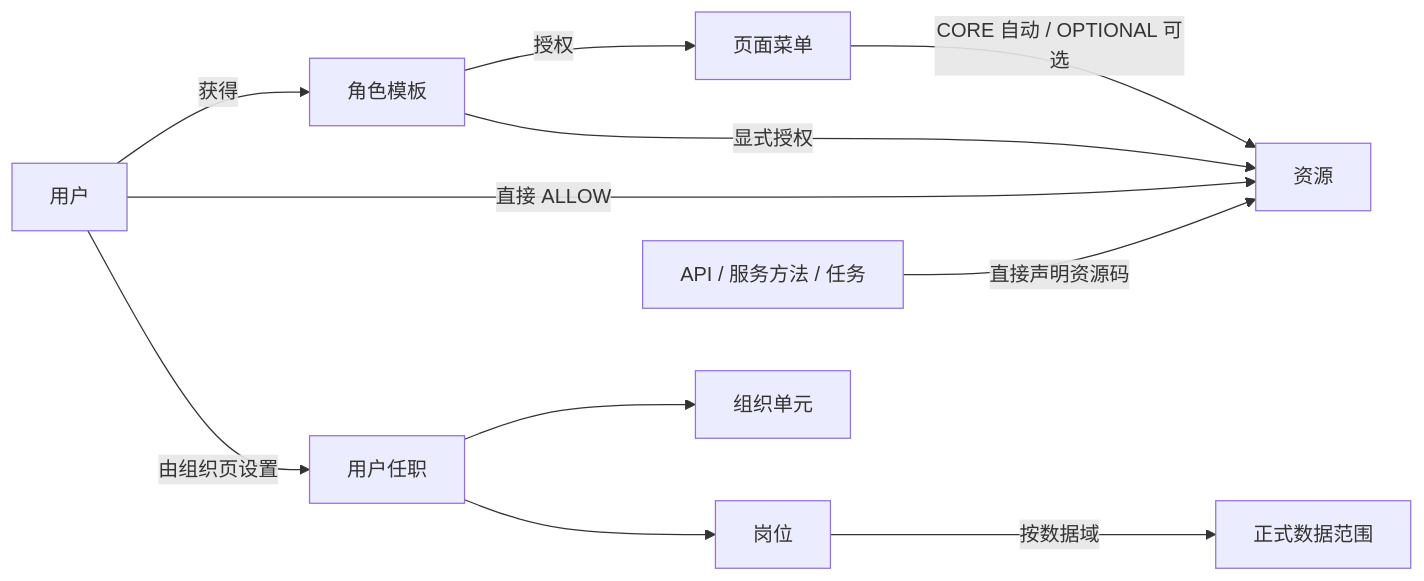
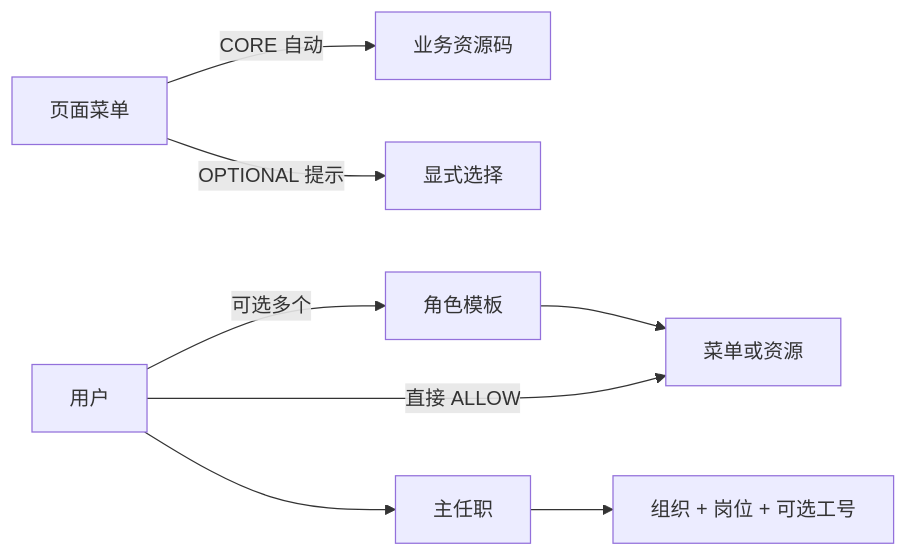
Before and after one commit to sugarboo/permission-architecture: the diagram in 企业中台权限架构方案.md, drawn with Mermaid. The commit also changed other lines of this file and 333 other files, not shown here.

````diff
--- a/企业中台权限架构方案.md
+++ b/企业中台权限架构方案.md
@@ -81,13 +43,10 @@
 ```mermaid
 flowchart LR
-  U["用户"] -->|"获得"| R["角色模板"]
-  U -->|"直接 ALLOW"| P["资源"]
-  R -->|"授权"| M["页面菜单"]
-  R -->|"显式授权"| P
-  M -->|"CORE 自动 / OPTIONAL 可选"| P
-  U -->|"由组织页设置"| A["用户任职"]
-  A --> O["组织单元"]
-  A --> POS["岗位"]
-  POS -->|"按数据域"| DP["正式数据范围"]
-  API["API / 服务方法 / 任务"] -->|"直接声明资源码"| P
+  U["用户"] -->|"可选多个"| R["角色模板"]
+  U -->|"直接 ALLOW"| P["菜单或资源"]
+  R --> P
+  M["页面菜单"] -->|"CORE 自动"| C["业务资源码"]
+  M -->|"OPTIONAL 提示"| O["显式选择"]
+  U --> A["主任职"]
+  A --> G["组织 + 岗位 + 可选工号"]
 ```
````
